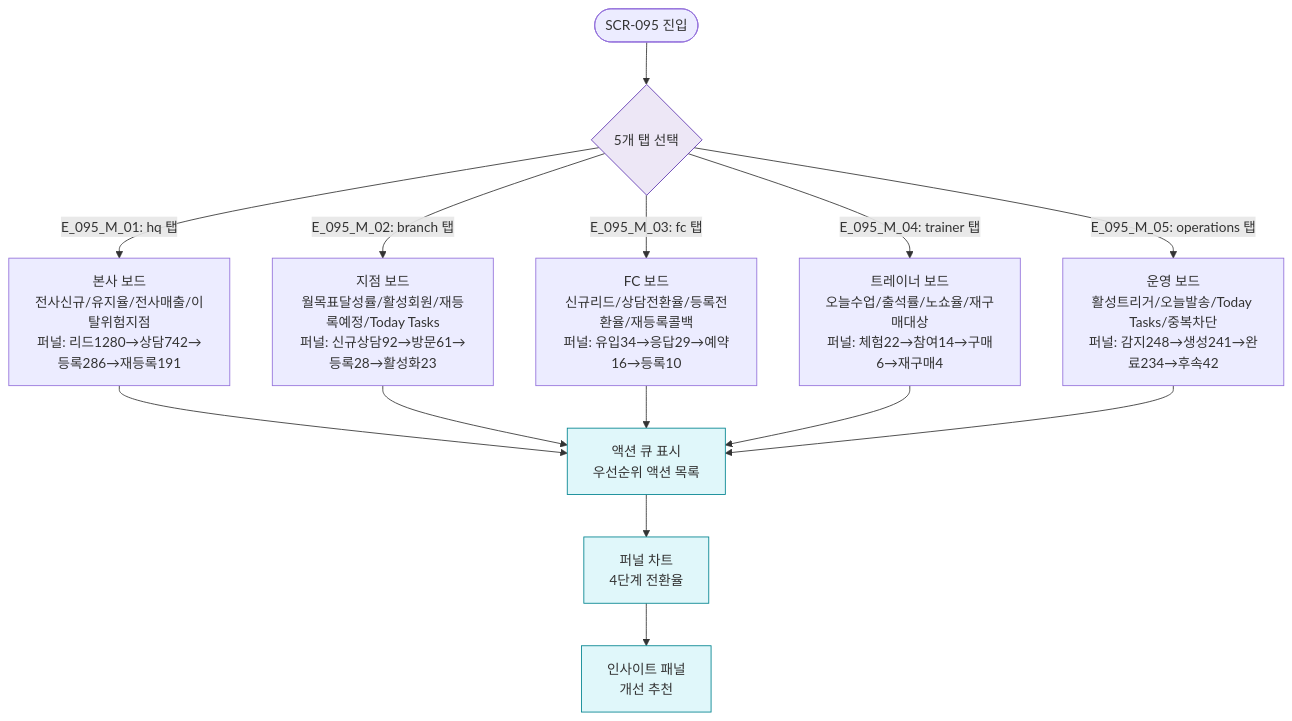
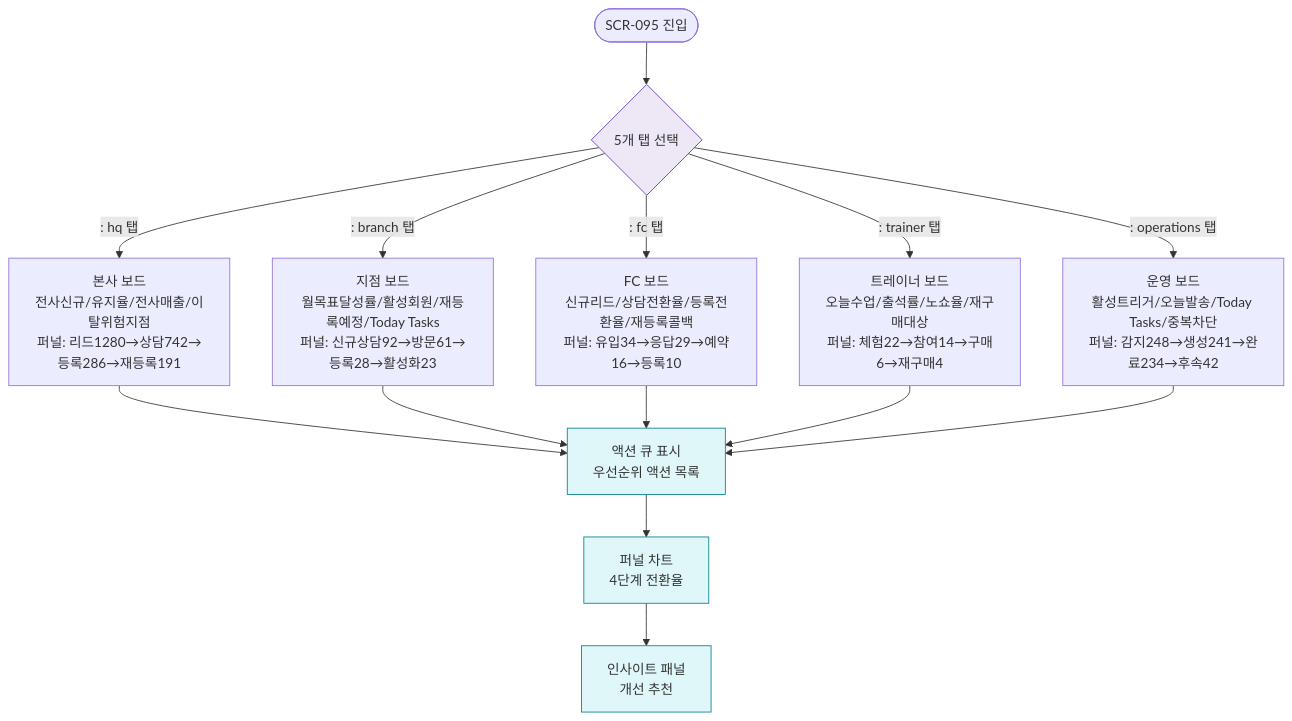
Before and after one commit to dev-spogym/admin-pando: the diagram in docs/다이어그램/D10_본사관리/SCR-095_KPI프리뷰보드/F2_메인.md, drawn with Mermaid. The commit also changed other lines of this file and 1660 other files, not shown here.

First line of the commit message:
다이어그램: 기획자/클라이언트 납품본으로 정리

````diff
--- a/docs/다이어그램/D10_본사관리/SCR-095_KPI프리뷰보드/F2_메인.md
+++ b/docs/다이어그램/D10_본사관리/SCR-095_KPI프리뷰보드/F2_메인.md
@@ -14,21 +12,21 @@
 ```mermaid
 flowchart TD
   Start([SCR-095 진입]) --> TabSelect{5개 탭 선택}
 
-  TabSelect -->|"E_095_M_01: hq 탭"| HQBoard[본사 보드\n전사신규/유지율/전사매출/이탈위험지점\n퍼널: 리드1280→상담742→등록286→재등록191]
-  TabSelect -->|"E_095_M_02: branch 탭"| BranchBoard[지점 보드\n월목표달성률/활성회원/재등록예정/Today Tasks\n퍼널: 신규상담92→방문61→등록28→활성화23]
-  TabSelect -->|"E_095_M_03: fc 탭"| FcBoard[FC 보드\n신규리드/상담전환율/등록전환율/재등록콜백\n퍼널: 유입34→응답29→예약16→등록10]
-  TabSelect -->|"E_095_M_04: trainer 탭"| TrainerBoard[트레이너 보드\n오늘수업/출석률/노쇼율/재구매대상\n퍼널: 체험22→참여14→구매6→재구매4]
-  TabSelect -->|"E_095_M_05: operations 탭"| OpsBoard[운영 보드\n활성트리거/오늘발송/Today Tasks/중복차단\n퍼널: 감지248→생성241→완료234→후속42]
+  TabSelect -->|": hq 탭"|HQBoard[본사 보드\n전사신규/유지율/전사매출/이탈위험지점\n퍼널: 리드1280→상담742→등록286→재등록191]
+  TabSelect -->|": branch 탭"|BranchBoard[지점 보드\n월목표달성률/활성회원/재등록예정/Today Tasks\n퍼널: 신규상담92→방문61→등록28→활성화23]
+  TabSelect -->|": fc 탭"|FcBoard[FC 보드\n신규리드/상담전환율/등록전환율/재등록콜백\n퍼널: 유입34→응답29→예약16→등록10]
+  TabSelect -->|": trainer 탭"|TrainerBoard[트레이너 보드\n오늘수업/출석률/노쇼율/재구매대상\n퍼널: 체험22→참여14→구매6→재구매4]
+  TabSelect -->|": operations 탭"|OpsBoard[운영 보드\n활성트리거/오늘발송/Today Tasks/중복차단\n퍼널: 감지248→생성241→완료234→후속42]
 
   HQBoard & BranchBoard & FcBoard & TrainerBoard & OpsBoard --> ActionQueue[액션 큐 표시\n우선순위 액션 목록]
   ActionQueue --> FunnelChart[퍼널 차트\n4단계 전환율]
   FunnelChart --> InsightPanel[인사이트 패널\n개선 추천]
 
   classDef screen fill:#E3F2FD,stroke:#1976D2,color:#0D47A1
   classDef system fill:#EDE7F6,stroke:#5E35B2
   classDef info fill:#E0F7FA,stroke:#00838F
 
   class TabSelect system
   class ActionQueue,FunnelChart,InsightPanel info
 ```
````
